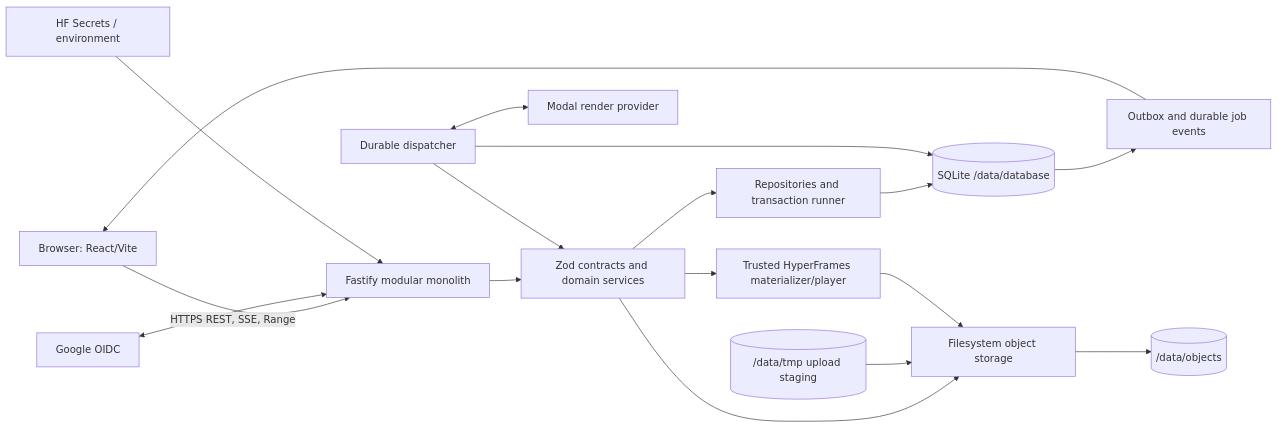
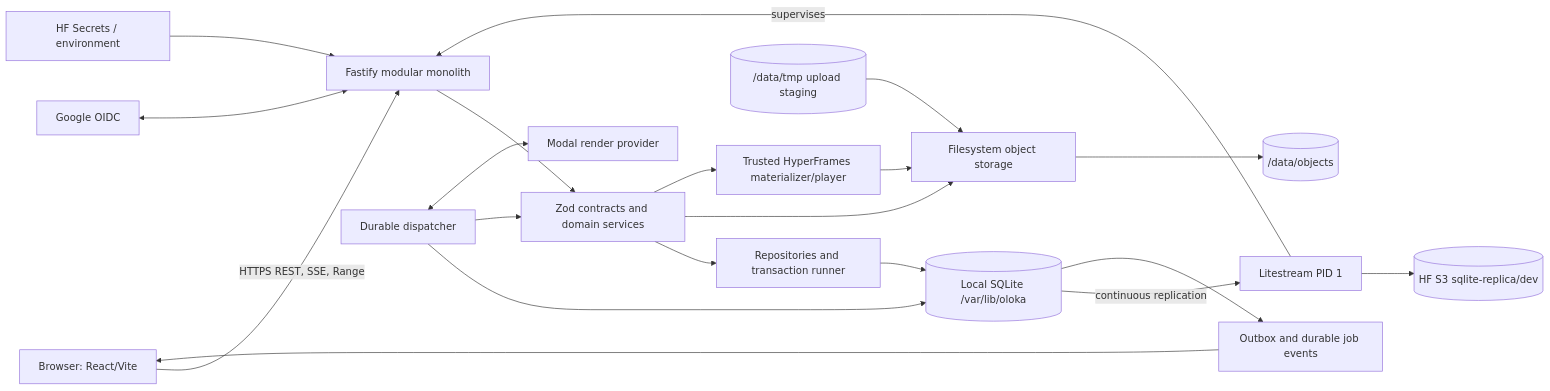
The diagram in docs/architecture/TECHNICAL_ARCHITECTURE_V1.md (phucsd1/Oloka_Video), drawn with Mermaid before and after one commit. The commit also changed other lines of this file and 41 other files, not shown here.

````diff
--- a/docs/architecture/TECHNICAL_ARCHITECTURE_V1.md
+++ b/docs/architecture/TECHNICAL_ARCHITECTURE_V1.md
@@ -24,19 +25,22 @@
 ```mermaid
 flowchart LR
   B["Browser: React/Vite"] -->|"HTTPS REST, SSE, Range"| F["Fastify modular monolith"]
   G["Google OIDC"] <--> F
   F --> C["Zod contracts and domain services"]
   C --> R["Repositories and transaction runner"]
-  R --> D[("SQLite /data/database")]
+  R --> D[("Local SQLite /var/lib/oloka")]
+  L["Litestream PID 1"] -->|"supervises"| F
+  D -->|"continuous replication"| L
+  L --> Q[("HF S3 sqlite-replica/dev")]
   C --> S["Filesystem object storage"]
   S --> O[("/data/objects")]
   U[("/data/tmp upload staging")] --> S
   X["Durable dispatcher"] --> D
   X --> C
   X <--> M["Modal render provider"]
   C --> H["Trusted HyperFrames materializer/player"]
   H --> S
   D --> E["Outbox and durable job events"]
   E --> B
   P["HF Secrets / environment"] --> F
 ```
````
